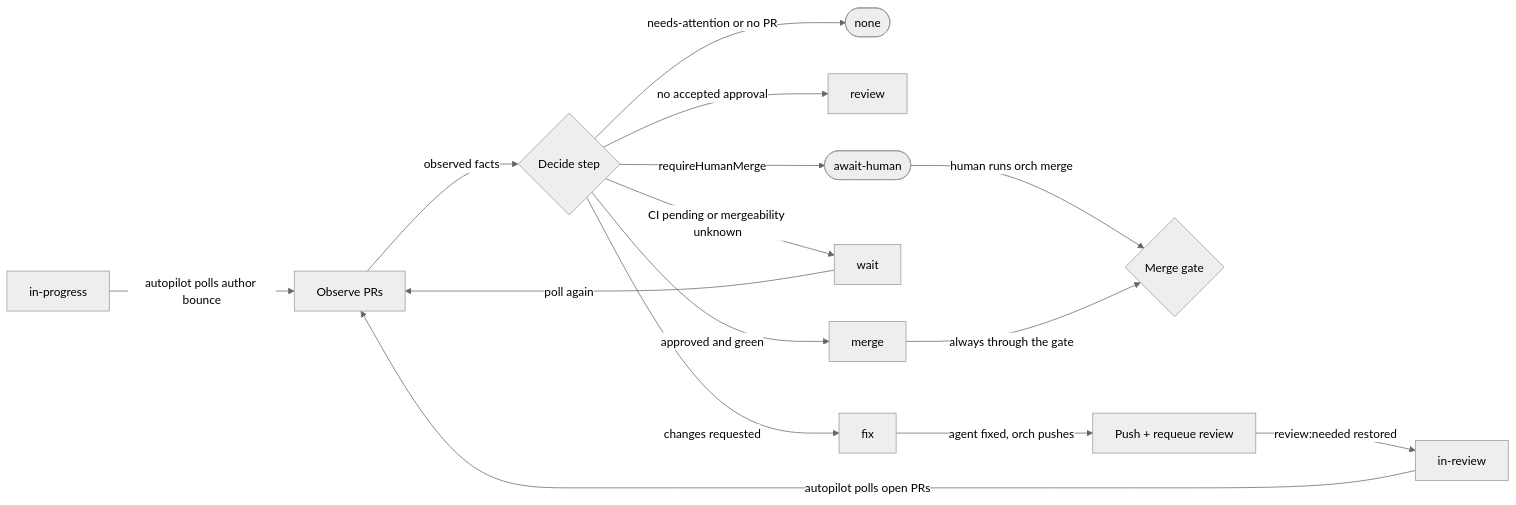
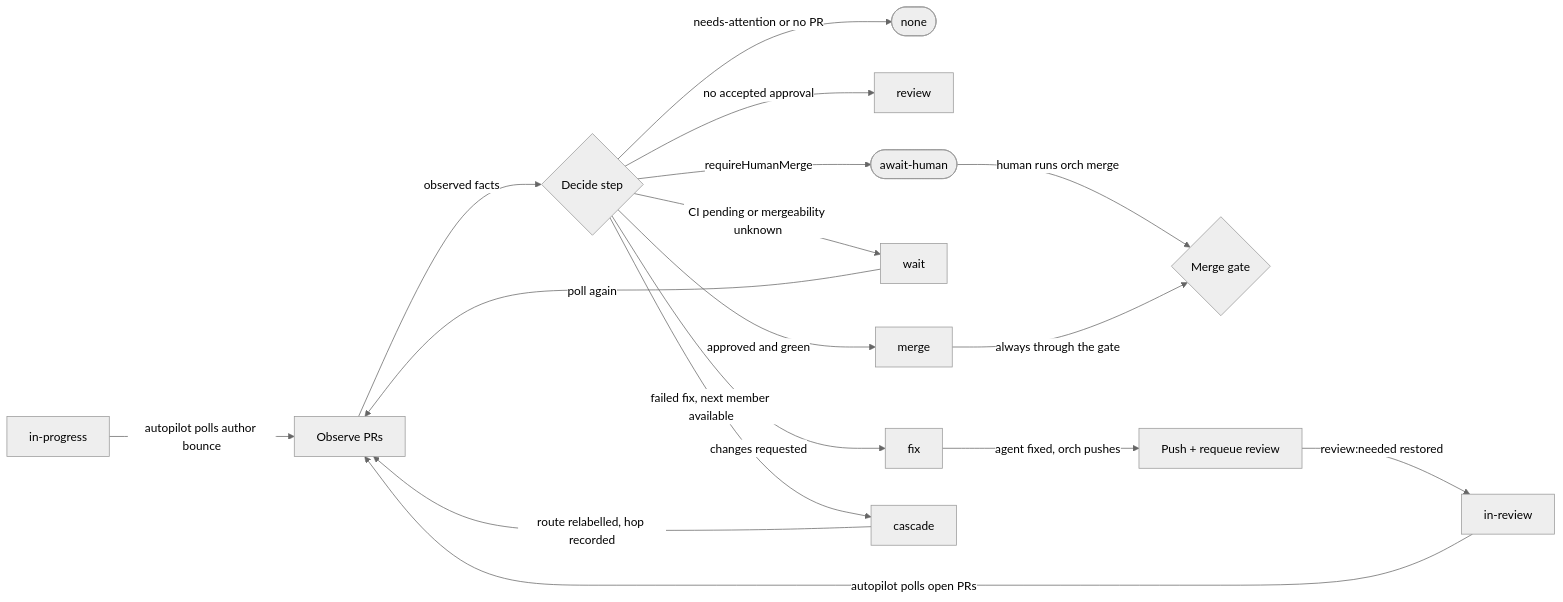
The sixth of 18 diagrams in docs/FLOWS.md (kehuydietlatoi/harness_orchestrator), drawn with Mermaid (neutral theme) before and after one commit. The commit also changed other lines of this file and 14 other files, not shown here.

Commit message:
Add an autopilot cascade step after one failed fix retry (#136)

````diff
--- a/docs/FLOWS.md
+++ b/docs/FLOWS.md
@@ -398,29 +401,32 @@
 ```mermaid
 flowchart LR
     n21["in-progress"]
     n29["in-review"]
     n38{"Merge gate"}
     n42["Observe PRs"]
     n43{"Decide step"}
     n44(["none"])
     n45["review"]
     n46["fix"]
     n48["Push + requeue review"]
     n49["wait"]
     n50(["await-human"])
     n51["merge"]
+    n52["cascade"]
   n29 -->|"autopilot polls open PRs"| n42
   n21 -->|"autopilot polls author bounce"| n42
   n42 -->|"observed facts"| n43
   n43 -->|"needs-attention or no PR"| n44
   n43 -->|"no accepted approval"| n45
   n43 -->|"changes requested"| n46
   n46 -->|"agent fixed, orch pushes"| n48
   n48 -->|"review:needed restored"| n29
   n43 -->|"CI pending or mergeability unknown"| n49
   n49 -->|"poll again"| n42
   n43 -->|"approved and green"| n51
   n43 -->|"requireHumanMerge"| n50
   n50 -->|"human runs orch merge"| n38
   n51 -->|"always through the gate"| n38
+  n43 -->|"failed fix, next member available"| n52
+  n52 -->|"route relabelled, hop recorded"| n42
 ```
````
